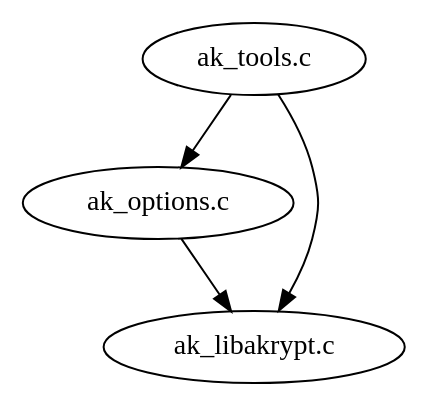
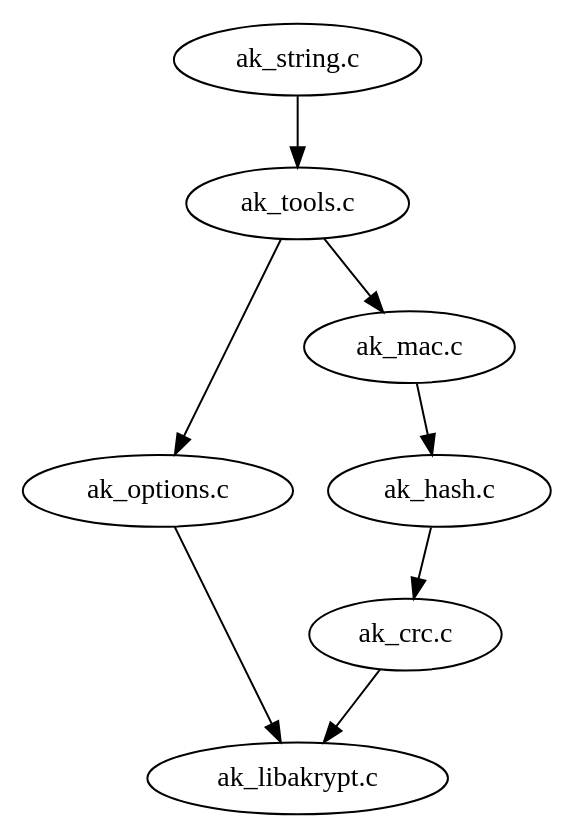
The diagram in doc/source.dot (cherninkiy/libakrypt-fork), drawn with Graphviz before and after one commit. The commit also changed 13 other files, not shown here.

```diff
--- a/doc/source.dot
+++ b/doc/source.dot
@@ -1,4 +1,5 @@
 digraph graphname {
+     "ak_string.c" -> "ak_tools.c";
      "ak_tools.c" -> "ak_options.c" -> "ak_libakrypt.c";
-     "ak_tools.c" -> "ak_libakrypt.c";
+     "ak_tools.c" -> "ak_mac.c" -> "ak_hash.c" -> "ak_crc.c" -> "ak_libakrypt.c"
 }
```
